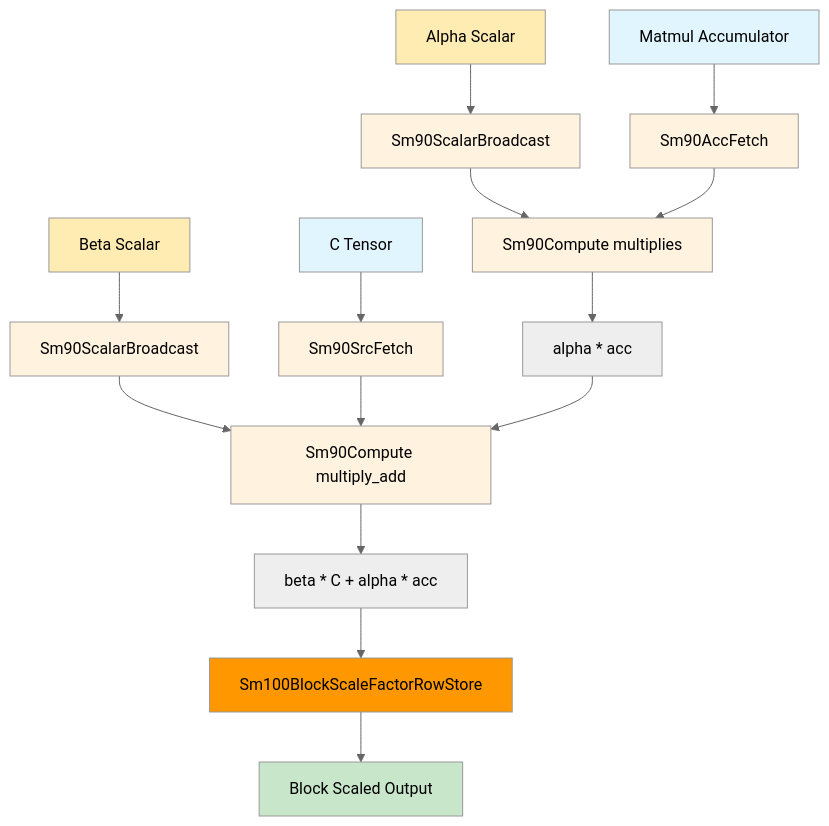
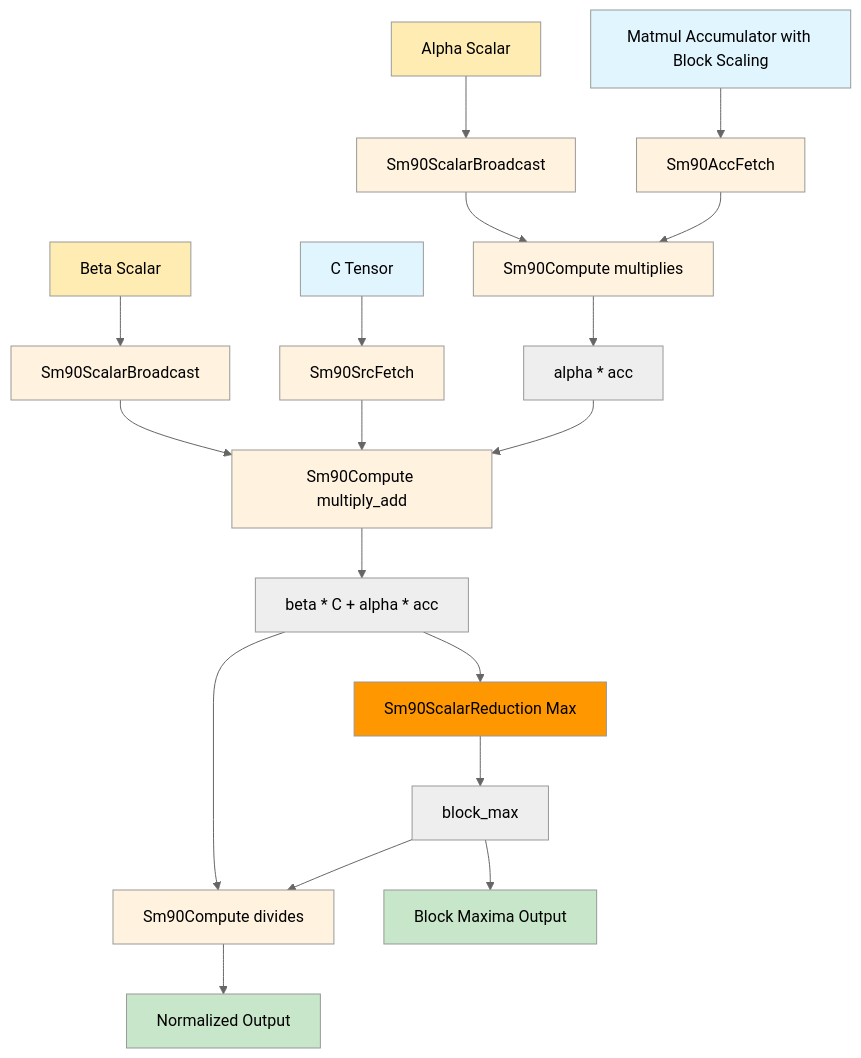
Before and after one commit to jacobhinkle/cutlass: the eighth of 8 diagrams in NVFuserEVTTranslation.md, drawn with Mermaid (neutral theme). The commit also changed other lines of this file, not shown here.

First line of the commit message:
[AI] Update nvFP4 block scaling example with correct pattern

````diff
--- a/NVFuserEVTTranslation.md
+++ b/NVFuserEVTTranslation.md
@@ -689,29 +746,35 @@
 ```mermaid
 graph TD
-    A[Matmul Accumulator] --> B[Sm90AccFetch]
+    A[Matmul Accumulator with Block Scaling] --> B[Sm90AccFetch]
     C[Alpha Scalar] --> D[Sm90ScalarBroadcast]
     D --> E[Sm90Compute multiplies]
     B --> E
     E --> F[alpha * acc]
     G[Beta Scalar] --> H[Sm90ScalarBroadcast]
     H --> I[Sm90Compute multiply_add]
     J[C Tensor] --> K[Sm90SrcFetch]
     K --> I
     F --> I
     I --> L[beta * C + alpha * acc]
-    L --> M[Sm100BlockScaleFactorRowStore]
-    M --> N[Block Scaled Output]
+    L --> M[Sm90ScalarReduction Max]
+    M --> N[block_max]
+    L --> O[Sm90Compute divides]
+    N --> O
+    O --> P[Normalized Output]
+    N --> Q[Block Maxima Output]
     
     style A fill:#e1f5fe
     style C fill:#ffecb3
     style G fill:#ffecb3
     style J fill:#e1f5fe
-    style N fill:#c8e6c9
+    style P fill:#c8e6c9
+    style Q fill:#c8e6c9
     style B fill:#fff3e0
     style D fill:#fff3e0
     style E fill:#fff3e0
     style H fill:#fff3e0
     style I fill:#fff3e0
     style K fill:#fff3e0
     style M fill:#ff9800
+    style O fill:#fff3e0
 ```
````
